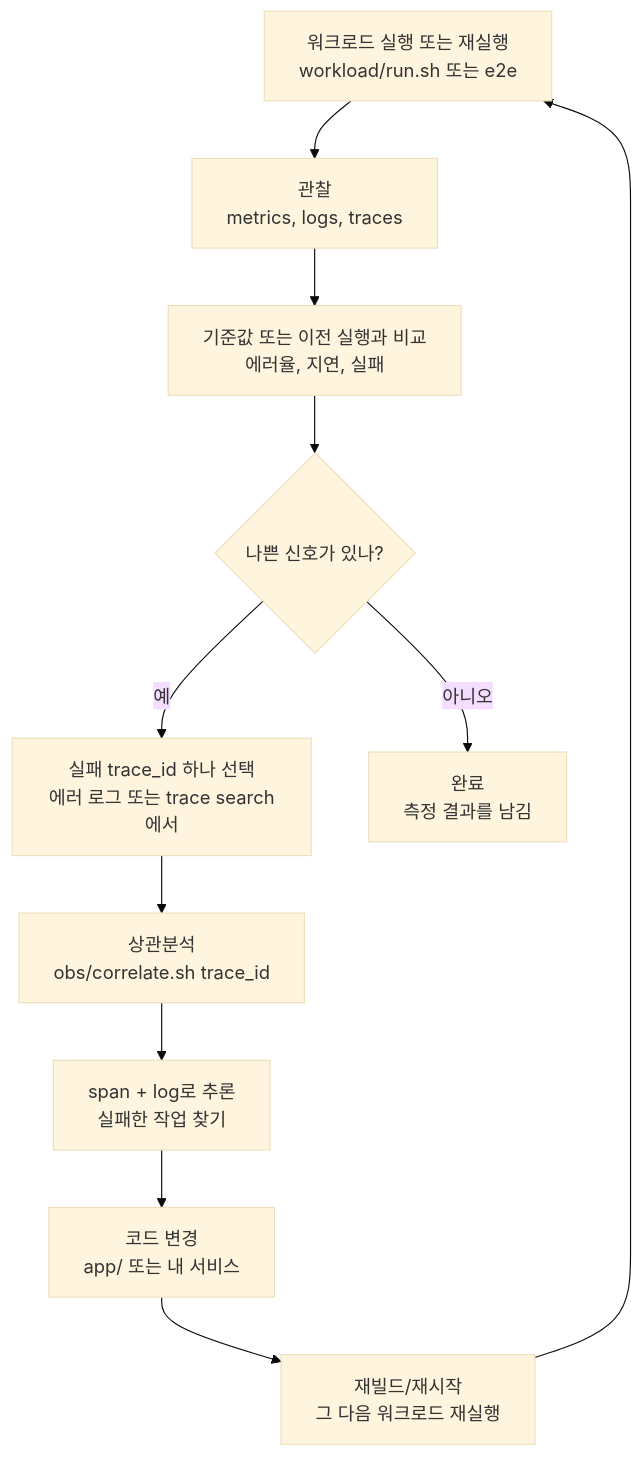
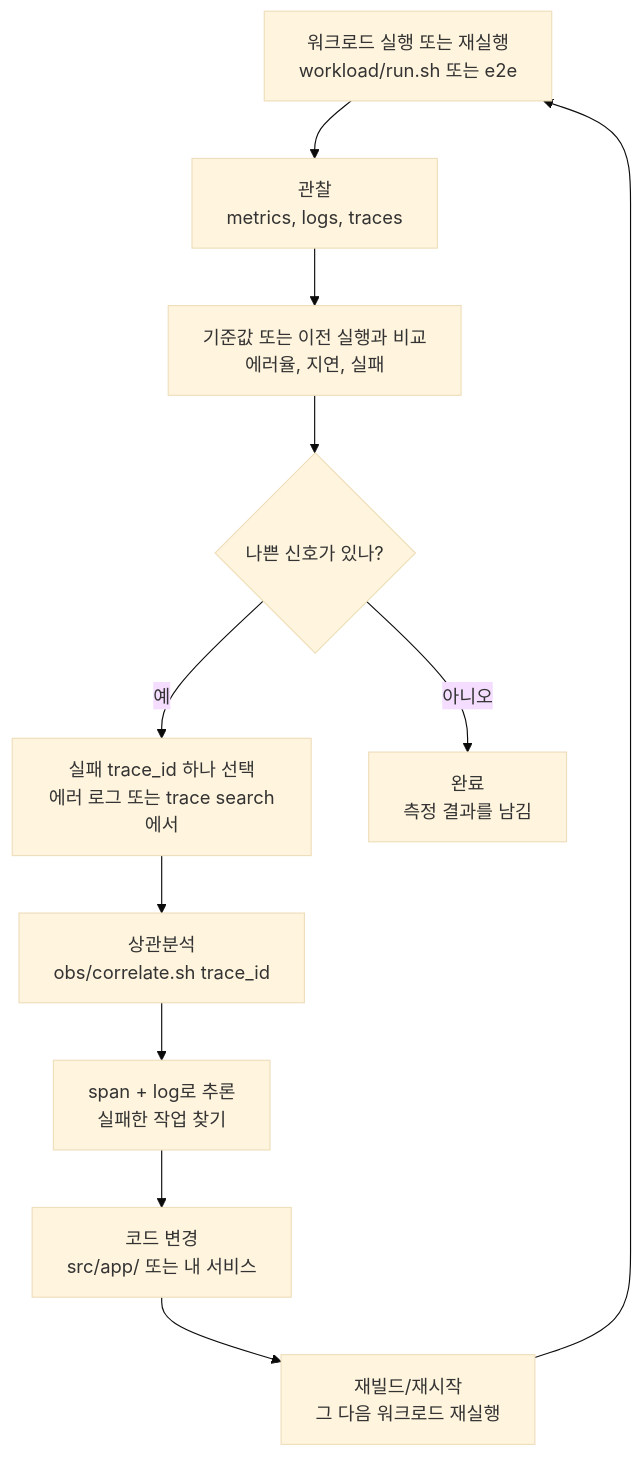
The fourth of 4 diagrams in README.md (gkrtjd99/AgentOTelStack), drawn with Mermaid (base theme) before and after one commit. The commit also changed other lines of this file and 64 other files, not shown here.

````diff
--- a/README.md
+++ b/README.md
@@ -385,24 +392,24 @@
 ```mermaid
 flowchart TD
   Workload["워크로드 실행 또는 재실행<br/>workload/run.sh 또는 e2e"]
   Observe["관찰<br/>metrics, logs, traces"]
   Problem{"나쁜 신호가 있나?"}
   TraceID["실패 trace_id 하나 선택<br/>에러 로그 또는 trace search에서"]
   Correlate["상관분석<br/>obs/correlate.sh trace_id"]
   Reason["span + log로 추론<br/>실패한 작업 찾기"]
-  Change["코드 변경<br/>app/ 또는 내 서비스"]
+  Change["코드 변경<br/>src/app/ 또는 내 서비스"]
   Rebuild["재빌드/재시작<br/>그 다음 워크로드 재실행"]
   Compare["기준값 또는 이전 실행과 비교<br/>에러율, 지연, 실패"]
   Done["완료<br/>측정 결과를 남김"]
 
   Workload --> Observe
   Observe --> Compare
   Compare --> Problem
   Problem -- "아니오" --> Done
   Problem -- "예" --> TraceID
   TraceID --> Correlate
   Correlate --> Reason
   Reason --> Change
   Change --> Rebuild
   Rebuild --> Workload
 ```
````
